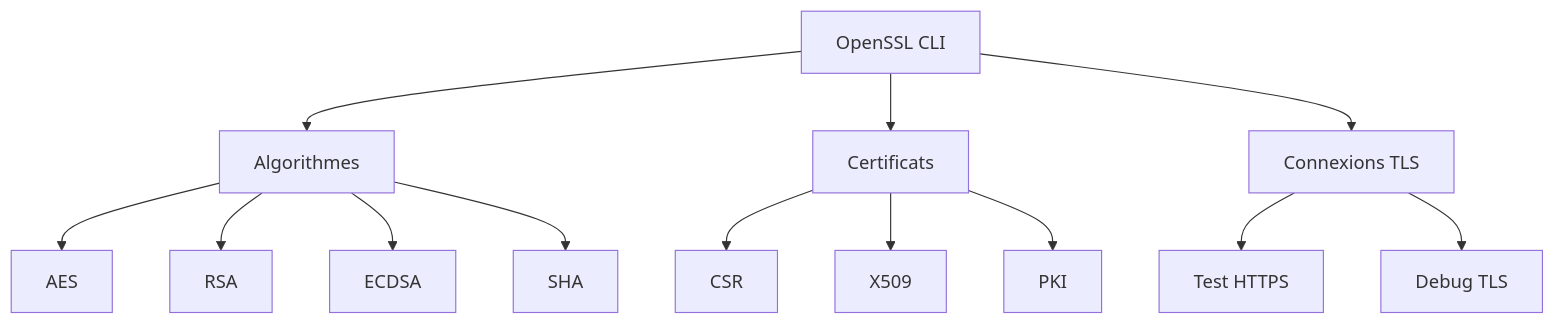
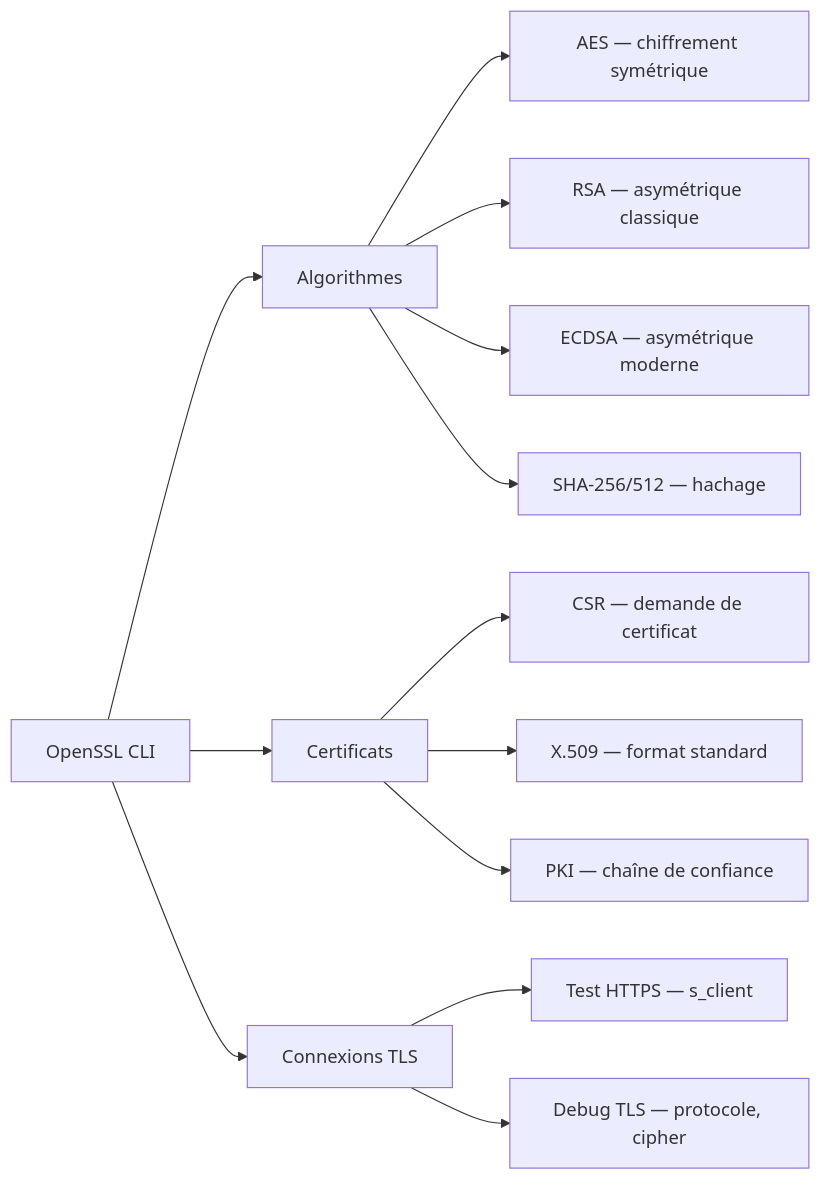
The first of 3 diagrams in docs/bases/crypto/openssl.md (zyrass/omnydocs), drawn with Mermaid before and after one commit. The commit also changed other lines of this file and 723 other files, not shown here.

````diff
--- a/docs/bases/crypto/openssl.md
+++ b/docs/bases/crypto/openssl.md
@@ -50,18 +51,20 @@
 ```mermaid
-flowchart TD
-    A[OpenSSL CLI] --> B[Algorithmes]
-    A --> C[Certificats]
-    A --> D[Connexions TLS]
+flowchart LR
+    A["OpenSSL CLI"]
 
-    B --> B1[AES]
-    B --> B2[RSA]
-    B --> B3[ECDSA]
-    B --> B4[SHA]
+    A --> B["Algorithmes"]
+    A --> C["Certificats"]
+    A --> D["Connexions TLS"]
 
-    C --> C1[CSR]
-    C --> C2[X509]
-    C --> C3[PKI]
+    B --> B1["AES — chiffrement symétrique"]
+    B --> B2["RSA — asymétrique classique"]
+    B --> B3["ECDSA — asymétrique moderne"]
+    B --> B4["SHA-256/512 — hachage"]
 
-    D --> D1[Test HTTPS]
-    D --> D2[Debug TLS]
+    C --> C1["CSR — demande de certificat"]
+    C --> C2["X.509 — format standard"]
+    C --> C3["PKI — chaîne de confiance"]
+
+    D --> D1["Test HTTPS — s_client"]
+    D --> D2["Debug TLS — protocole, cipher"]
 ```
````
